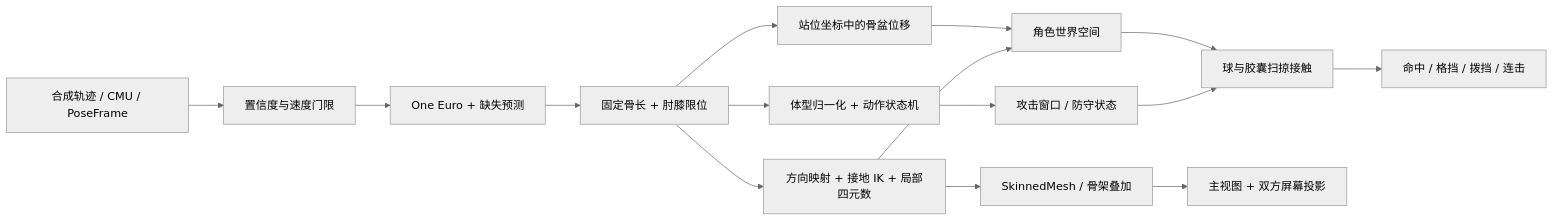
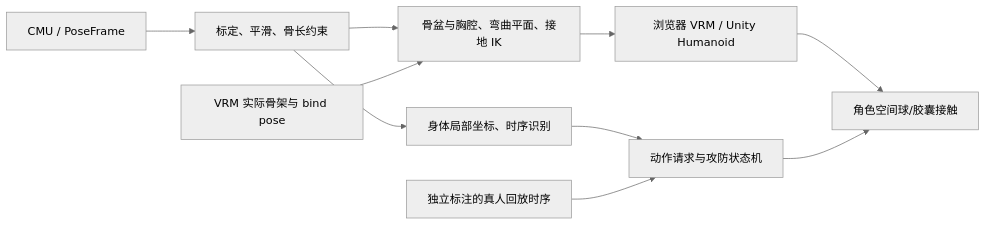
The diagram in docs/motion-lab.md (PoesisQ/3DDollFight), drawn with Mermaid (neutral theme) before and after one commit. The commit also changed other lines of this file and 62 other files, not shown here.

````diff
--- a/docs/motion-lab.md
+++ b/docs/motion-lab.md
@@ -7,17 +9,12 @@
 ```mermaid
 flowchart LR
-    A[合成轨迹 / CMU / PoseFrame] --> B[置信度与速度门限]
-    B --> C[One Euro + 缺失预测]
-    C --> D[固定骨长 + 肘膝限位]
-    D --> E[体型归一化 + 动作状态机]
-    D --> F[方向映射 + 接地 IK + 局部四元数]
-    E --> G[攻击窗口 / 防守状态]
-    D --> J[站位坐标中的骨盆位移]
-    J --> K[角色世界空间]
-    F --> K
-    K --> L[球与胶囊扫掠接触]
-    G --> L
-    L --> M[命中 / 格挡 / 拨挡 / 连击]
-    F --> H[SkinnedMesh / 骨架叠加]
-    H --> I[主视图 + 双方屏幕投影]
+    A[CMU / PoseFrame] --> B[标定、平滑、骨长约束]
+    B --> C[身体局部坐标、时序识别]
+    B --> D[骨盆与胸腔、弯曲平面、接地 IK]
+    V[VRM 实际骨架与 bind pose] --> D
+    D --> E[浏览器 VRM / Unity Humanoid]
+    C --> F[动作请求与攻防状态机]
+    R[独立标注的真人回放时序] --> F
+    E --> G[角色空间球/胶囊接触]
+    F --> G
 ```
````
